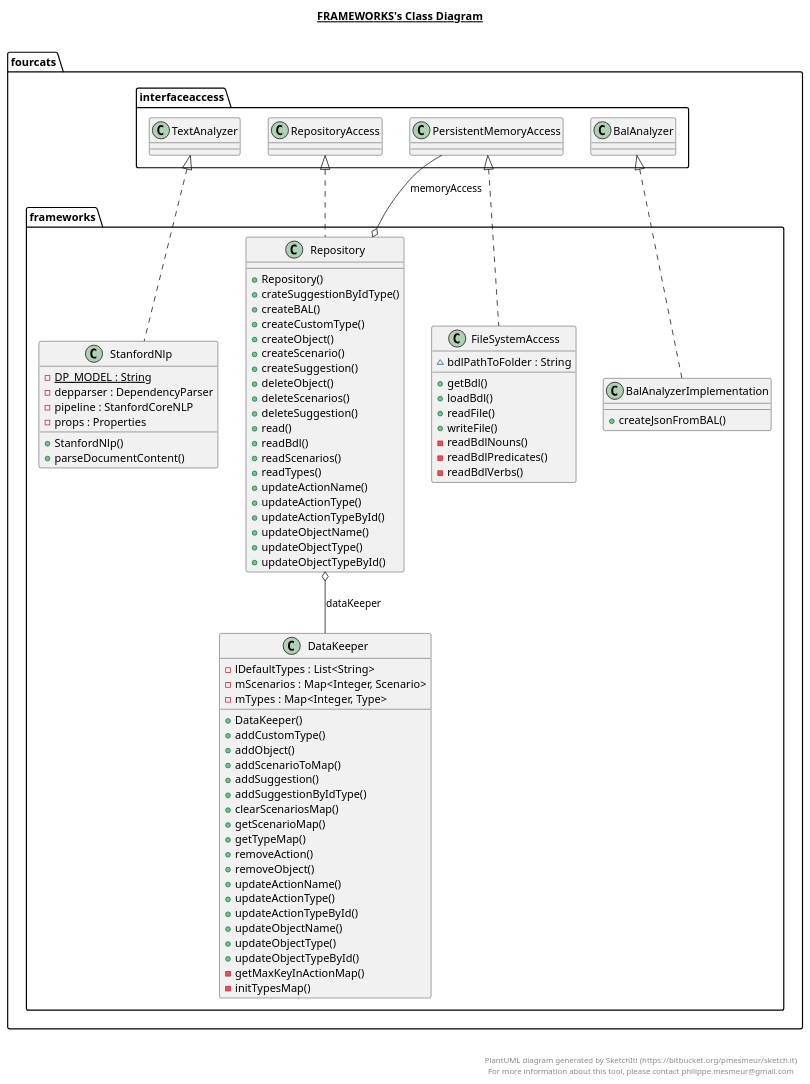
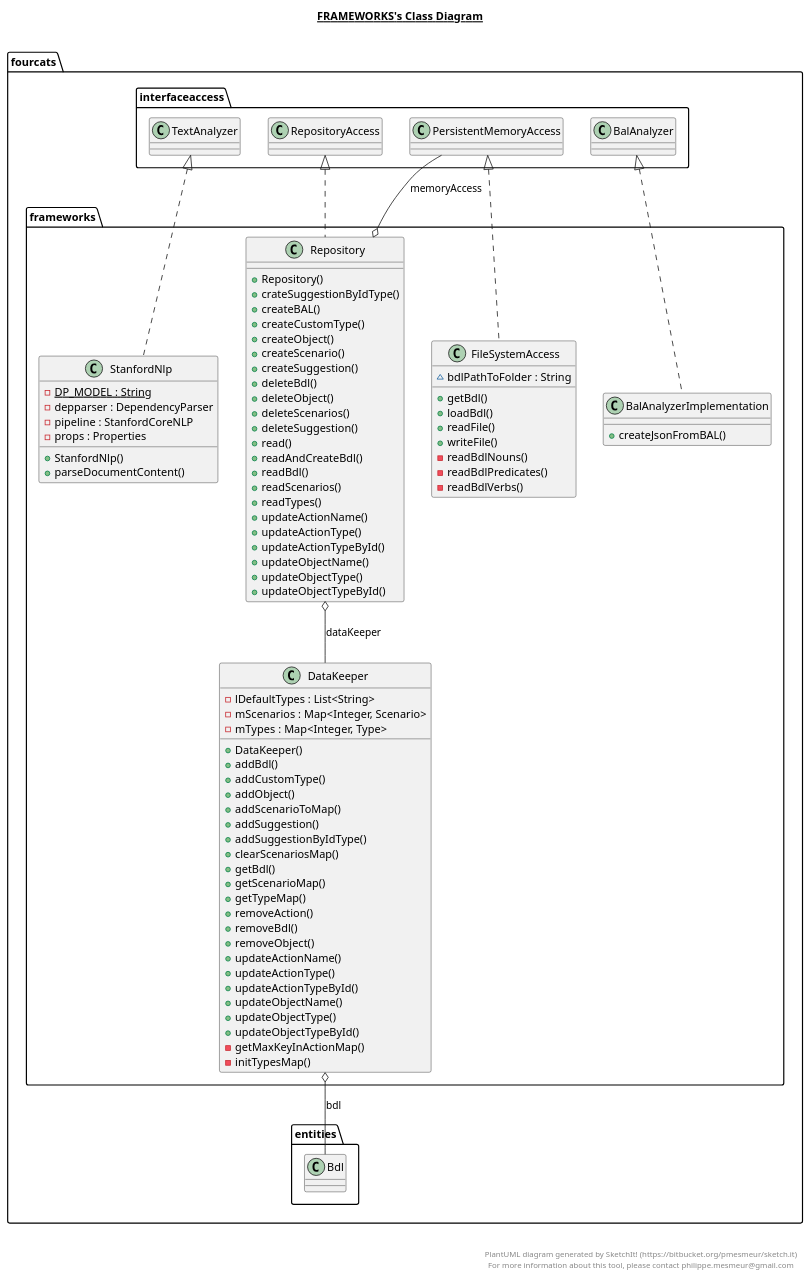
One commit to fourcatsteam/NaturalAPI changed the diagram in NaturalAPI_Design/src/main/java/fourcats/frameworks/Frameworks.plantuml. Above: the diagram before and after it, drawn with PlantUML. The commit also changed 22 other files, not shown here.

```diff
--- a/NaturalAPI_Design/src/main/java/fourcats/frameworks/Frameworks.plantuml
+++ b/NaturalAPI_Design/src/main/java/fourcats/frameworks/Frameworks.plantuml
@@ -1,117 +1,123 @@
 @startuml
 
 title __FRAMEWORKS's Class Diagram__\n
 
   namespace fourcats {
     namespace frameworks {
       class fourcats.frameworks.BalAnalyzerImplementation {
           + createJsonFromBAL()
       }
     }
   }
   
 
   namespace fourcats {
     namespace frameworks {
       class fourcats.frameworks.DataKeeper {
           - lDefaultTypes : List<String>
           - mScenarios : Map<Integer, Scenario>
           - mTypes : Map<Integer, Type>
           + DataKeeper()
+          + addBdl()
           + addCustomType()
           + addObject()
           + addScenarioToMap()
           + addSuggestion()
           + addSuggestionByIdType()
           + clearScenariosMap()
+          + getBdl()
           + getScenarioMap()
           + getTypeMap()
           + removeAction()
+          + removeBdl()
           + removeObject()
           + updateActionName()
           + updateActionType()
           + updateActionTypeById()
           + updateObjectName()
           + updateObjectType()
           + updateObjectTypeById()
           - getMaxKeyInActionMap()
           - initTypesMap()
       }
     }
   }
   
 
   namespace fourcats {
     namespace frameworks {
       class fourcats.frameworks.FileSystemAccess {
           ~ bdlPathToFolder : String
           + getBdl()
           + loadBdl()
           + readFile()
           + writeFile()
           - readBdlNouns()
           - readBdlPredicates()
           - readBdlVerbs()
       }
     }
   }
   
 
   namespace fourcats {
     namespace frameworks {
       class fourcats.frameworks.Repository {
           + Repository()
           + crateSuggestionByIdType()
           + createBAL()
           + createCustomType()
           + createObject()
           + createScenario()
           + createSuggestion()
+          + deleteBdl()
           + deleteObject()
           + deleteScenarios()
           + deleteSuggestion()
           + read()
+          + readAndCreateBdl()
           + readBdl()
           + readScenarios()
           + readTypes()
           + updateActionName()
           + updateActionType()
           + updateActionTypeById()
           + updateObjectName()
           + updateObjectType()
           + updateObjectTypeById()
       }
     }
   }
   
 
   namespace fourcats {
     namespace frameworks {
       class fourcats.frameworks.StanfordNlp {
           {static} - DP_MODEL : String
           - depparser : DependencyParser
           - pipeline : StanfordCoreNLP
           - props : Properties
           + StanfordNlp()
           + parseDocumentContent()
       }
     }
   }
   
 
   fourcats.frameworks.BalAnalyzerImplementation .up.|> fourcats.interfaceaccess.BalAnalyzer
+  fourcats.frameworks.DataKeeper o-- fourcats.entities.Bdl : bdl
   fourcats.frameworks.FileSystemAccess .up.|> fourcats.interfaceaccess.PersistentMemoryAccess
   fourcats.frameworks.Repository .up.|> fourcats.interfaceaccess.RepositoryAccess
   fourcats.frameworks.Repository o-- fourcats.frameworks.DataKeeper : dataKeeper
   fourcats.frameworks.Repository o-- fourcats.interfaceaccess.PersistentMemoryAccess : memoryAccess
   fourcats.frameworks.StanfordNlp .up.|> fourcats.interfaceaccess.TextAnalyzer
 
 
 right footer
 
 
 PlantUML diagram generated by SketchIt! (https://bitbucket.org/pmesmeur/sketch.it)
 For more information about this tool, please contact philippe.mesmeur@gmail.com
 endfooter
 
 @enduml
```
